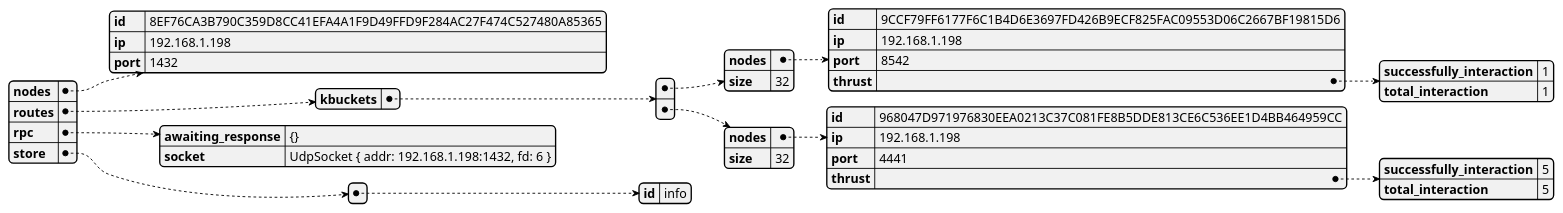
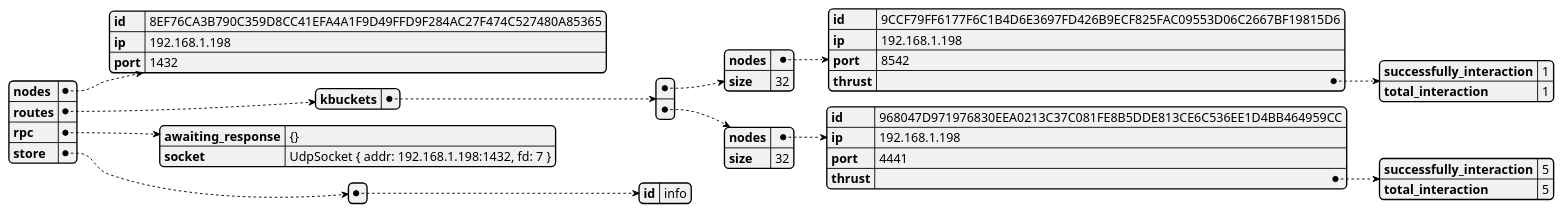
One commit to GoliathHagar/distributed_legder_kademlia changed the diagram in src/distributed_legder/state_dumps/test-network-boot-1.json.plantuml. Above: the diagram before and after it, drawn with PlantUML. The commit also changed 16 other files, not shown here.

```diff
--- a/src/distributed_legder/state_dumps/test-network-boot-1.json.plantuml
+++ b/src/distributed_legder/state_dumps/test-network-boot-1.json.plantuml
@@ -1,3 +1,3 @@
 @startjson
-{"nodes":{"id":"8EF76CA3B790C359D8CC41EFA4A1F9D49FFD9F284AC27F474C527480A85365","ip":"192.168.1.198","port":1432},"routes":{"kbuckets":[{"nodes":{"id":"9CCF79FF6177F6C1B4D6E3697FD426B9ECF825FAC09553D06C2667BF19815D6","ip":"192.168.1.198","port":8542,"thrust":{"successfully_interaction":1,"total_interaction":1}},"size":32},{"nodes":{"id":"968047D971976830EEA0213C37C081FE8B5DDE813CE6C536EE1D4BB464959CC","ip":"192.168.1.198","port":4441,"thrust":{"successfully_interaction":5,"total_interaction":5}},"size":32}]},"rpc":{"awaiting_response":"{}","socket":"UdpSocket { addr: 192.168.1.198:1432, fd: 6 }"},"store":[{"id":"info"}]}
+{"nodes":{"id":"8EF76CA3B790C359D8CC41EFA4A1F9D49FFD9F284AC27F474C527480A85365","ip":"192.168.1.198","port":1432},"routes":{"kbuckets":[{"nodes":{"id":"9CCF79FF6177F6C1B4D6E3697FD426B9ECF825FAC09553D06C2667BF19815D6","ip":"192.168.1.198","port":8542,"thrust":{"successfully_interaction":1,"total_interaction":1}},"size":32},{"nodes":{"id":"968047D971976830EEA0213C37C081FE8B5DDE813CE6C536EE1D4BB464959CC","ip":"192.168.1.198","port":4441,"thrust":{"successfully_interaction":5,"total_interaction":5}},"size":32}]},"rpc":{"awaiting_response":"{}","socket":"UdpSocket { addr: 192.168.1.198:1432, fd: 7 }"},"store":[{"id":"info"}]}
 @endjson
```
